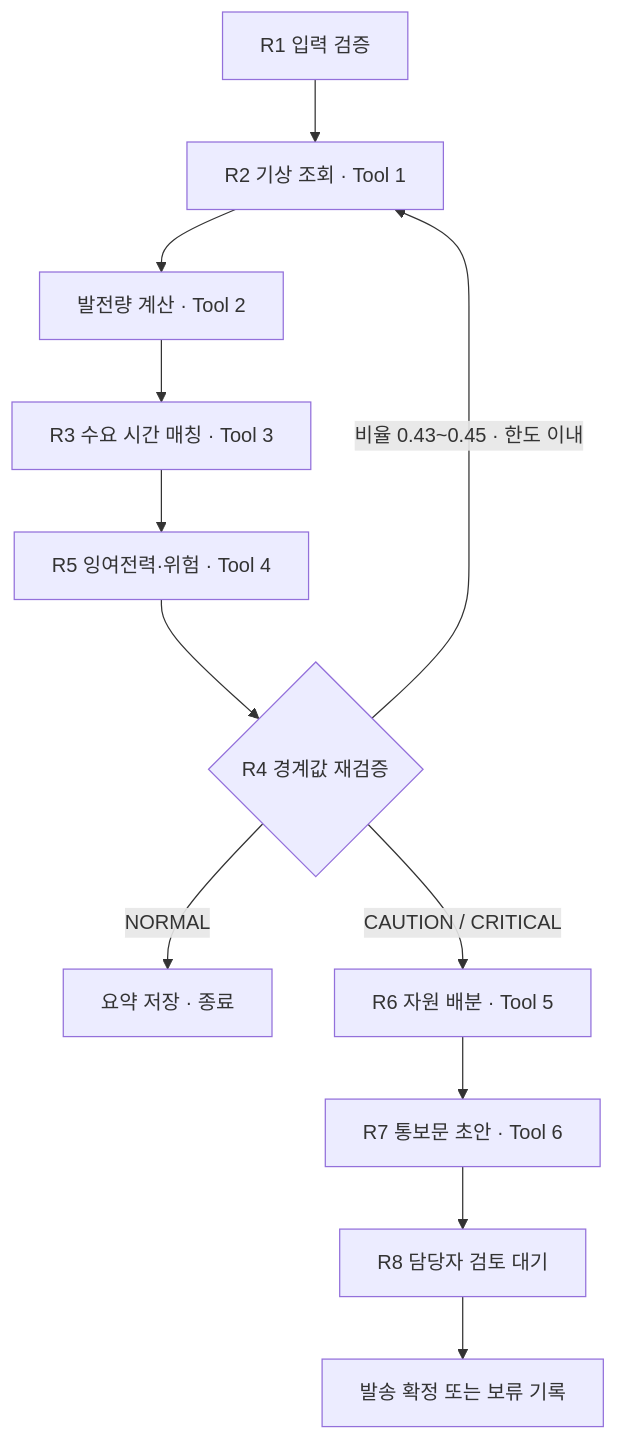
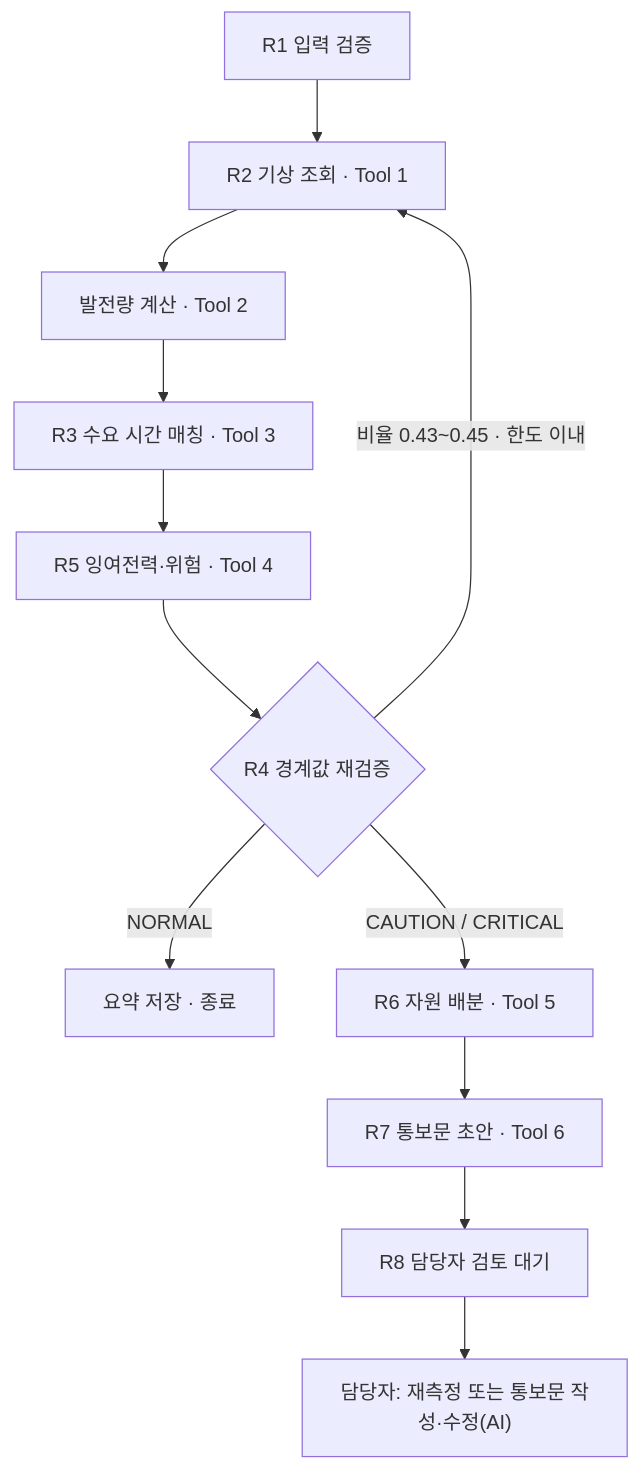
The second of 2 diagrams in README.md (dwnnn-archive/-Jeju_AI_BigData_Hakathon), drawn with Mermaid before and after one commit. The commit also changed other lines of this file and 23 other files, not shown here.

First line of the commit message:
통보문 작성·재측정 버튼, 통보문 AI 수정, 수신 대상 표시; '운영 검증 전' 표현 구분

````diff
--- a/README.md
+++ b/README.md
@@ -140,14 +140,14 @@
 ```mermaid
 flowchart TD
     A["R1 입력 검증"] --> B["R2 기상 조회 · Tool 1"]
     B --> C["발전량 계산 · Tool 2"]
     C --> D["R3 수요 시간 매칭 · Tool 3"]
     D --> E["R5 잉여전력·위험 · Tool 4"]
     E --> F{"R4 경계값 재검증"}
     F -->|"비율 0.43~0.45 · 한도 이내"| B
     F -->|NORMAL| G["요약 저장 · 종료"]
     F -->|"CAUTION / CRITICAL"| H["R6 자원 배분 · Tool 5"]
     H --> I["R7 통보문 초안 · Tool 6"]
     I --> J["R8 담당자 검토 대기"]
-    J --> K["발송 확정 또는 보류 기록"]
+    J --> K["담당자: 재측정 또는 통보문 작성·수정(AI)"]
 ```
````
